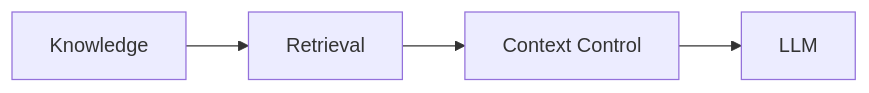
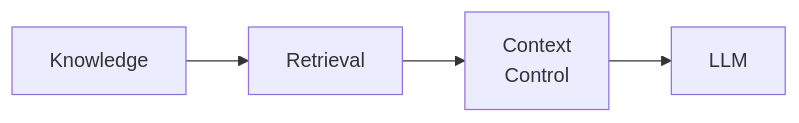
The sixth of 6 diagrams in docs/architecture-insights/genai-and-rag/3.1-engineering-the-context-control-layer-for-enterprise-retrieval.md (MihirKJha/enterprise-ai-blog), drawn with Mermaid before and after one commit. The commit also changed other lines of this file, not shown here.

First line of the commit message:
Updated 3.1-engineering-the-context-control-layer-for-enterprise-retrieval.md

````diff
--- a/docs/architecture-insights/genai-and-rag/3.1-engineering-the-context-control-layer-for-enterprise-retrieval.md
+++ b/docs/architecture-insights/genai-and-rag/3.1-engineering-the-context-control-layer-for-enterprise-retrieval.md
@@ -422,6 +422,6 @@
 ```mermaid
 graph LR
     A[Knowledge] --> B[Retrieval]
-    B --> C[Context Control]
+    B --> C[Context<br/>Control]
     C --> D[LLM]
 ```
````
